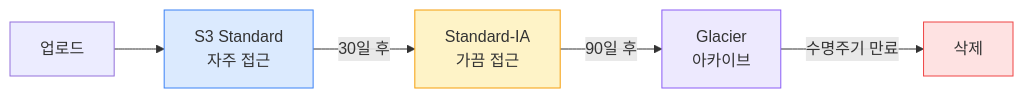
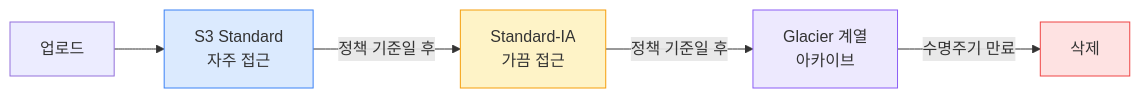
The fourth of 6 diagrams in apps/api/src/main/resources/content/infra-01-aws-core.md (hyeongseoblim/systemdesign), drawn with Mermaid before and after one commit. The commit also changed other lines of this file and 96 other files, not shown here.

````diff
--- a/apps/api/src/main/resources/content/infra-01-aws-core.md
+++ b/apps/api/src/main/resources/content/infra-01-aws-core.md
@@ -189,12 +198,12 @@
 ```mermaid
 flowchart LR
     Up["업로드"] --> Std["S3 Standard\n자주 접근"]
-    Std -->|"30일 후"| IA["Standard-IA\n가끔 접근"]
-    IA -->|"90일 후"| Gla["Glacier\n아카이브"]
+    Std -->|"정책 기준일 후"| IA["Standard-IA\n가끔 접근"]
+    IA -->|"정책 기준일 후"| Gla["Glacier 계열\n아카이브"]
     Gla -->|"수명주기 만료"| Del["삭제"]
 
     style Std fill:#dbeafe,stroke:#3b82f6
     style IA fill:#fef3c7,stroke:#f59e0b
     style Gla fill:#ede9fe,stroke:#8b5cf6
     style Del fill:#fee2e2,stroke:#ef4444
 ```
````
